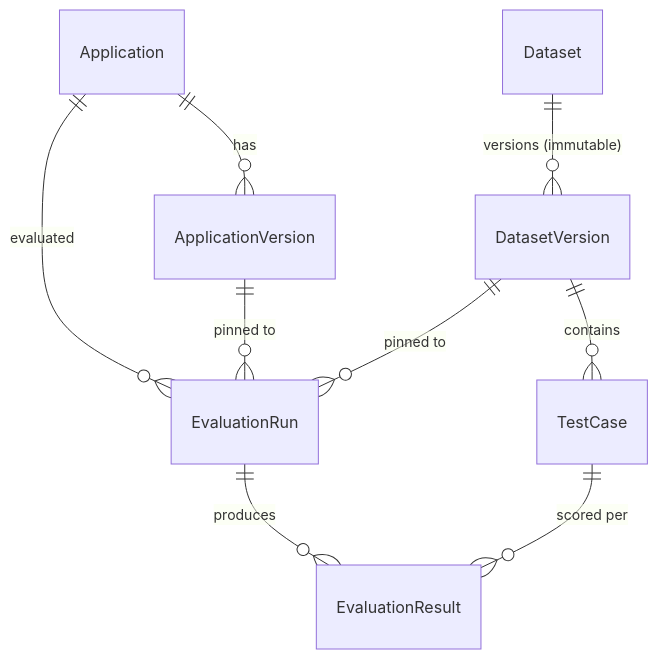
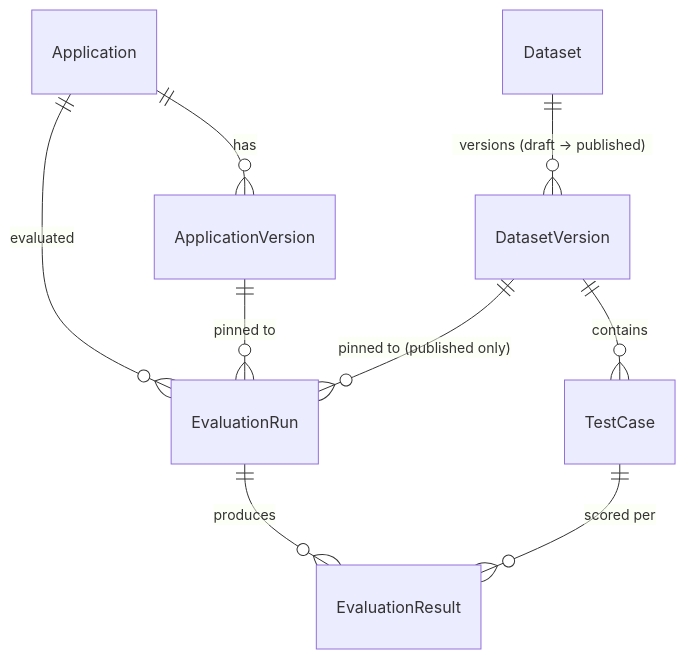
One commit to roshano3o3/agentforge changed the second of 2 diagrams in docs/architecture.md. Above: the diagram before and after it, drawn with Mermaid. The commit also changed other lines of this file and 24 other files, not shown here.

````diff
--- a/docs/architecture.md
+++ b/docs/architecture.md
@@ -76,11 +78,11 @@
 ```mermaid
 erDiagram
     Application ||--o{ ApplicationVersion : has
-    Dataset ||--o{ DatasetVersion : "versions (immutable)"
+    Dataset ||--o{ DatasetVersion : "versions (draft -> published)"
     DatasetVersion ||--o{ TestCase : contains
     Application ||--o{ EvaluationRun : evaluated
     ApplicationVersion ||--o{ EvaluationRun : "pinned to"
-    DatasetVersion ||--o{ EvaluationRun : "pinned to"
+    DatasetVersion ||--o{ EvaluationRun : "pinned to (published only)"
     EvaluationRun ||--o{ EvaluationResult : produces
     TestCase ||--o{ EvaluationResult : "scored per"
 ```
````
